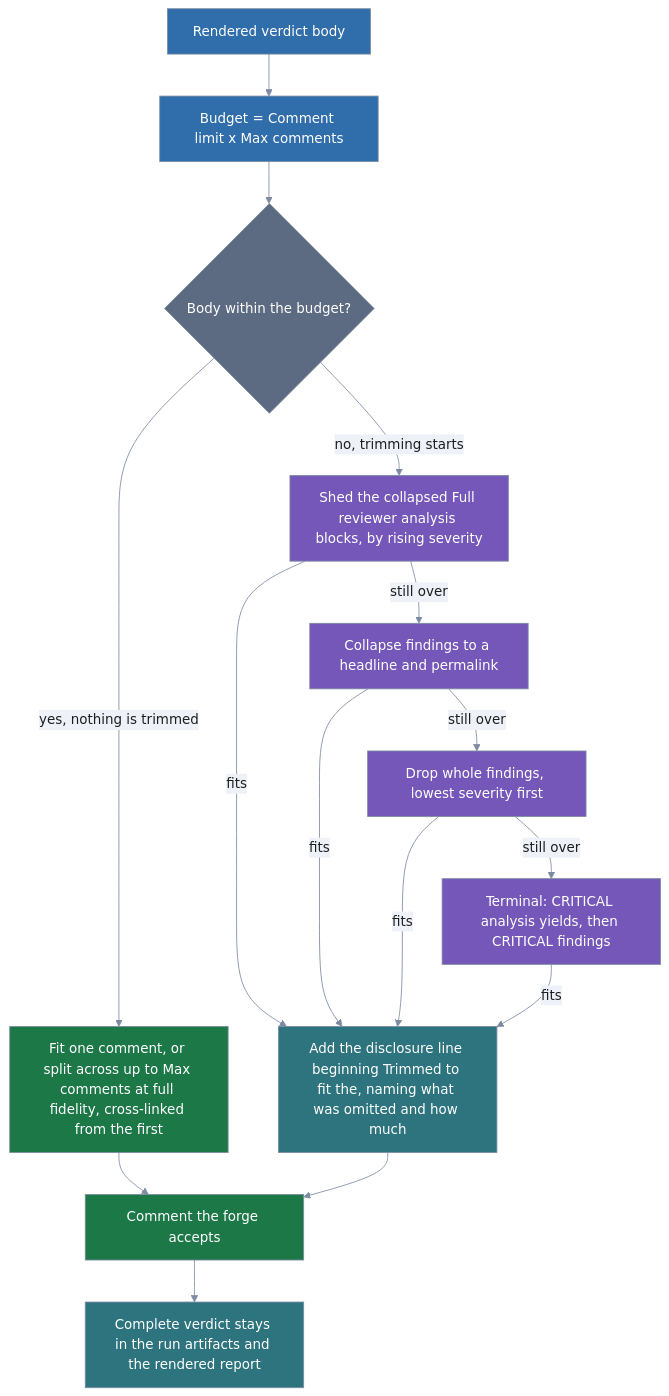
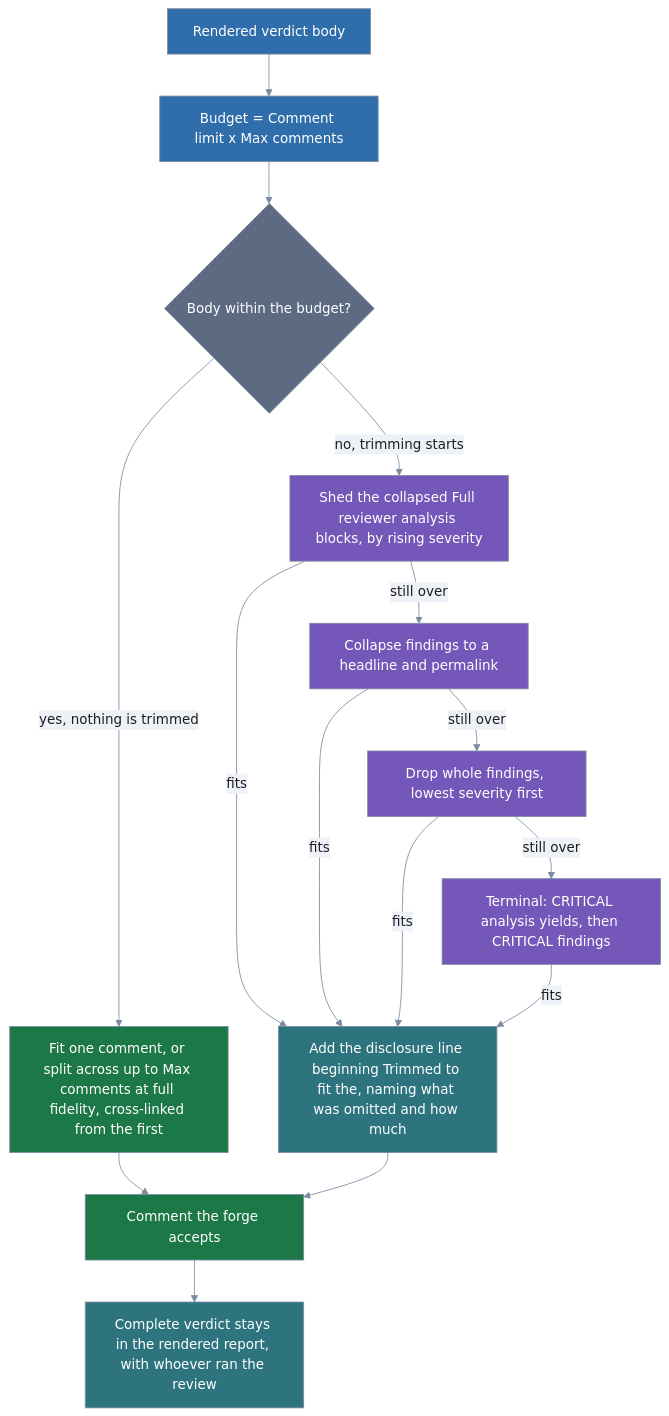
Before and after one commit to lolables/lola-mod-review-council: the second of 2 diagrams in README.md, drawn with Mermaid. The commit also changed other lines of this file and 10 other files, not shown here.

````diff
--- a/README.md
+++ b/README.md
@@ -584,56 +584,56 @@
 ```mermaid
 %%{init: {'theme': 'base', 'themeVariables': {
   'primaryColor': '#2f6dab',
   'primaryTextColor': '#1e1e1e',
   'primaryBorderColor': '#7c8ba1',
   'lineColor': '#7c8ba1',
   'edgeLabelBackground': '#eef2f8',
   'tertiaryColor': 'transparent',
   'tertiaryTextColor': '#7c8ba1',
   'tertiaryBorderColor': '#7c8ba1',
   'clusterBkg': 'transparent',
   'clusterBorder': '#7c8ba1',
   'titleColor': '#7c8ba1',
   'noteBkgColor': '#eef2f8',
   'noteTextColor': '#1e1e1e',
   'fontFamily': 'system-ui, sans-serif'
 }, 'themeCSS': '.node .nodeLabel{color:#ffffff!important;fill:#ffffff!important;}'}}%%
 flowchart TD
   body["Rendered verdict body"]
   budget["Budget = Comment limit x Max comments"]
   fit{"Body within the budget?"}
   chain["Fit one comment, or split across up to Max comments at full fidelity, cross-linked from the first"]
   t1["Shed the collapsed Full reviewer analysis blocks, by rising severity"]
   t2["Collapse findings to a headline and permalink"]
   t3["Drop whole findings, lowest severity first"]
   t4["Terminal: CRITICAL analysis yields, then CRITICAL findings"]
   says["Add the disclosure line beginning Trimmed to fit the, naming what was omitted and how much"]
   post["Comment the forge accepts"]
-  full["Complete verdict stays in the run artifacts and the rendered report"]
+  full["Complete verdict stays in the rendered report, with whoever ran the review"]
 
   body --> budget
   budget --> fit
   fit -->|"yes, nothing is trimmed"| chain
   chain --> post
   fit -->|"no, trimming starts"| t1
   t1 -->|"still over"| t2
   t2 -->|"still over"| t3
   t3 -->|"still over"| t4
   t1 -->|fits| says
   t2 -->|fits| says
   t3 -->|fits| says
   t4 -->|fits| says
   says --> post
   post --> full
 
   classDef sysA fill:#2f6dab,color:#ffffff,stroke:#7c8ba1
   classDef sysB fill:#1d7848,color:#ffffff,stroke:#7c8ba1
   classDef sysC fill:#7457b8,color:#ffffff,stroke:#7c8ba1
   classDef sysD fill:#2d747e,color:#ffffff,stroke:#7c8ba1
   classDef sysF fill:#5c6a82,color:#ffffff,stroke:#7c8ba1
   class body,budget sysA
   class chain,post sysB
   class t1,t2,t3,t4 sysC
   class says,full sysD
   class fit sysF
 ```
````
